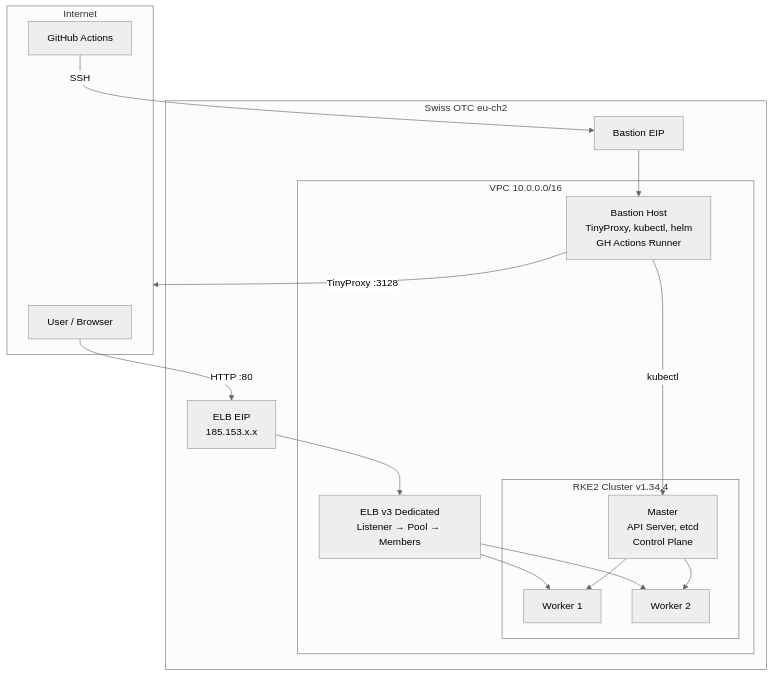
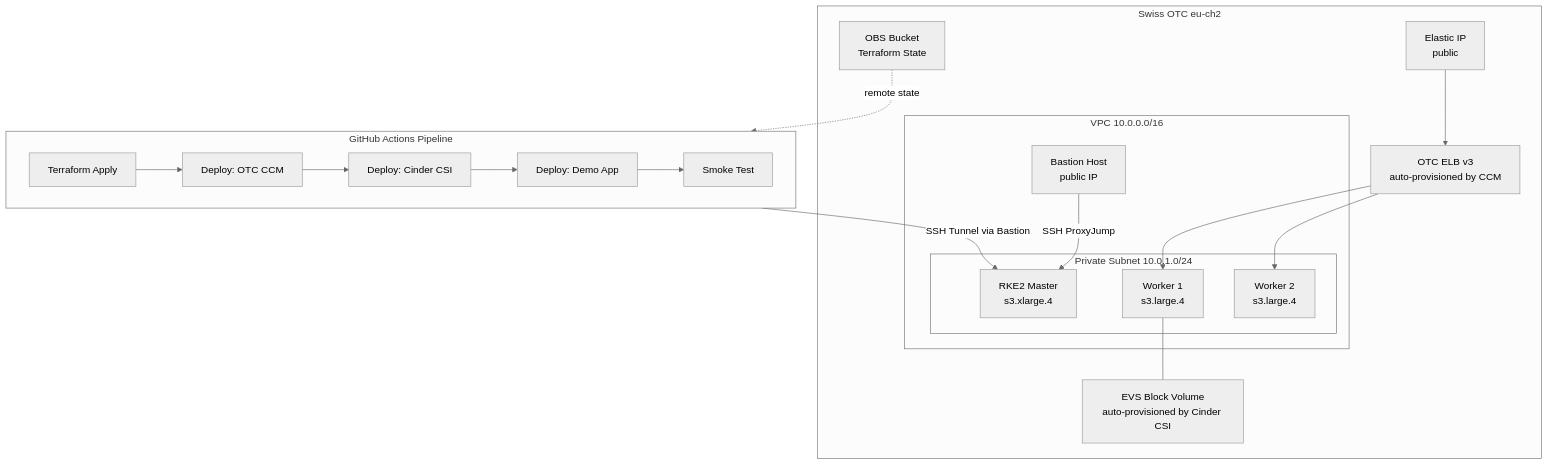
Before and after one commit to Wolfslight-Forgehouse/swiss-otc-k8s-cloud-manager-infra: the first of 6 diagrams in docs/ARCHITECTURE.md, drawn with Mermaid (neutral theme). The commit also changed other lines of this file and 2 other files, not shown here.

First line of the commit message:
docs: complete architecture, storage, and quickstart documentation

````diff
--- a/docs/ARCHITECTURE.md
+++ b/docs/ARCHITECTURE.md
@@ -5,29 +9,34 @@
 ```mermaid
 graph TD
-    subgraph Internet
-        User[User / Browser]
-        CI[GitHub Actions]
+    subgraph Pipeline["GitHub Actions Pipeline"]
+        TF[Terraform Apply]
+        CCM_DEPLOY[Deploy: OTC CCM]
+        CSI_DEPLOY[Deploy: Cinder CSI]
+        DEMO[Deploy: Demo App]
+        SMOKE[Smoke Test]
+        TF --> CCM_DEPLOY --> CSI_DEPLOY --> DEMO --> SMOKE
     end
 
     subgraph OTC["Swiss OTC eu-ch2"]
-        EIP_LB[ELB EIP<br/>185.153.x.x]
-        EIP_Bastion[Bastion EIP]
-        
         subgraph VPC["VPC 10.0.0.0/16"]
-            ELB[ELB v3 Dedicated<br/>Listener → Pool → Members]
-            Bastion[Bastion Host<br/>TinyProxy, kubectl, helm<br/>GH Actions Runner]
-            
-            subgraph RKE2["RKE2 Cluster v1.34.4"]
-                Master[Master<br/>API Server, etcd<br/>Control Plane]
-                Worker1[Worker 1]
-                Worker2[Worker 2]
+            BASTION[Bastion Host\npublic IP]
+            subgraph Subnet["Private Subnet 10.0.1.0/24"]
+                MASTER[RKE2 Master\ns3.xlarge.4]
+                W1[Worker 1\ns3.large.4]
+                W2[Worker 2\ns3.large.4]
             end
         end
+        ELB[OTC ELB v3\nauto-provisioned by CCM]
+        EIP[Elastic IP\npublic]
+        EVS[EVS Block Volume\nauto-provisioned by Cinder CSI]
+        OBS_STATE[OBS Bucket\nTerraform State]
     end
 
-    User -->|HTTP :80| EIP_LB --> ELB --> Worker1 & Worker2
-    CI -->|SSH| EIP_Bastion --> Bastion
-    Bastion -->|kubectl| Master
-    Bastion -->|TinyProxy :3128| Internet
-    Master --> Worker1 & Worker2
+    BASTION -->|SSH ProxyJump| MASTER
+    ELB --> W1
+    ELB --> W2
+    EIP --> ELB
+    W1 --- EVS
+    OBS_STATE -.->|remote state| Pipeline
+    Pipeline -->|SSH Tunnel via Bastion| MASTER
 ```
````
